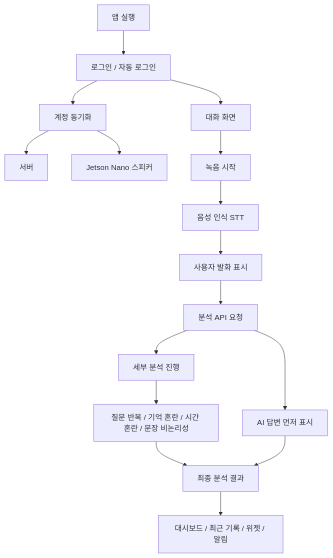
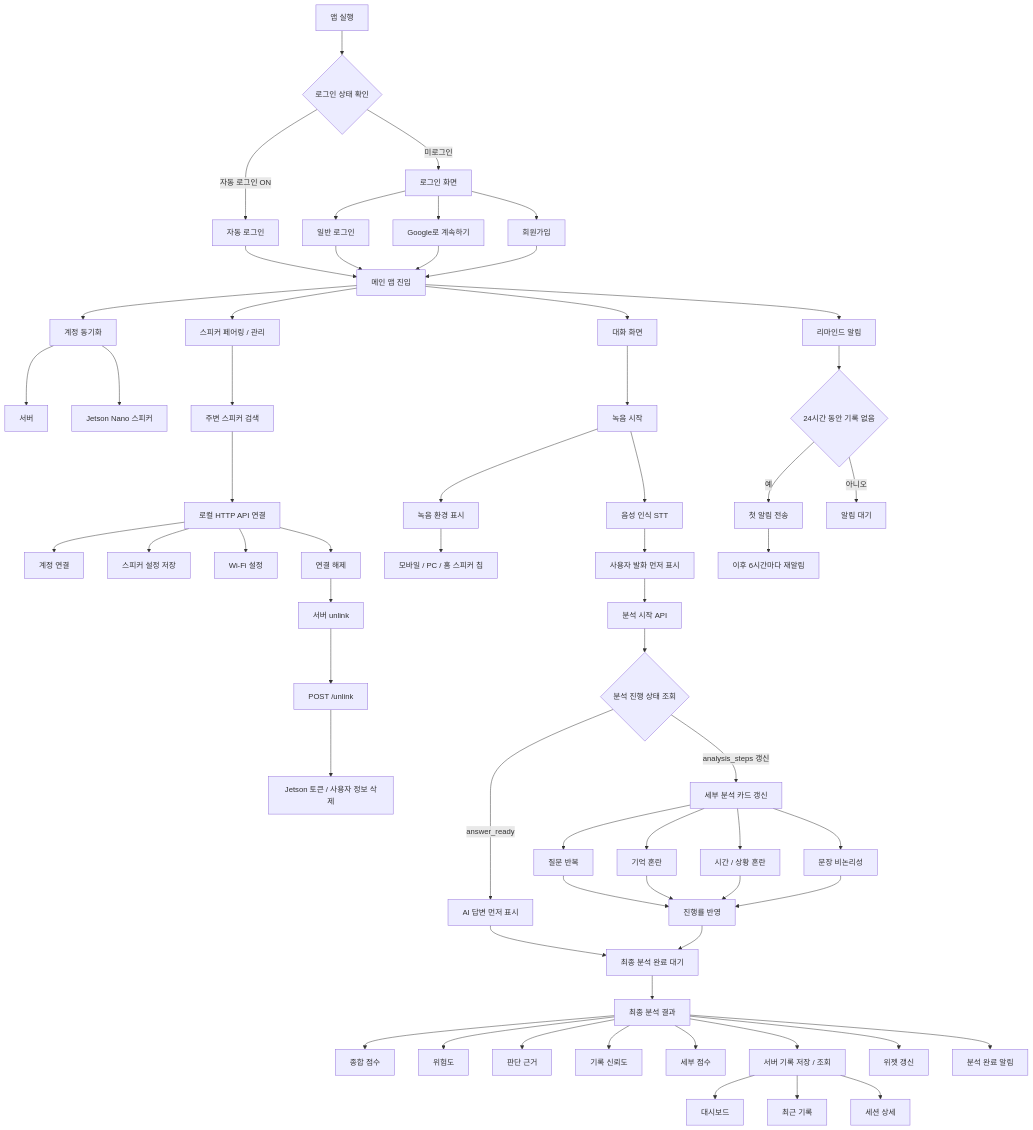
Before and after one commit to chocomuse/drgnuspeaker: the diagram in README.md, drawn with Mermaid.

````diff
--- a/README.md
+++ b/README.md
@@ -1,22 +1,75 @@
 ```mermaid
 flowchart TD
-    A["앱 실행"] --> B["로그인 / 자동 로그인"]
-    B --> C["계정 동기화"]
-    C --> D["서버"]
-    C --> E["Jetson Nano 스피커"]
+    A["앱 실행"] --> B{"로그인 상태 확인"}
 
-    B --> F["대화 화면"]
-    F --> G["녹음 시작"]
-    G --> H["음성 인식 STT"]
-    H --> I["사용자 발화 표시"]
+    B -->|자동 로그인 ON| C["자동 로그인"]
+    B -->|미로그인| D["로그인 화면"]
+    D --> D1["일반 로그인"]
+    D --> D2["Google로 계속하기"]
+    D --> D3["회원가입"]
+    C --> E["메인 앱 진입"]
+    D1 --> E
+    D2 --> E
+    D3 --> E
 
-    I --> J["분석 API 요청"]
-    J --> K["AI 답변 먼저 표시"]
-    J --> L["세부 분석 진행"]
+    E --> F["계정 동기화"]
+    F --> S["서버"]
+    F --> J["Jetson Nano 스피커"]
 
-    L --> M["질문 반복 / 기억 혼란 / 시간 혼란 / 문장 비논리성"]
-    M --> N["최종 분석 결과"]
+    E --> G["스피커 페어링 / 관리"]
+    G --> G1["주변 스피커 검색"]
+    G1 --> G2["로컬 HTTP API 연결"]
+    G2 --> G3["계정 연결"]
+    G2 --> G4["스피커 설정 저장"]
+    G2 --> G5["Wi-Fi 설정"]
+    G2 --> G6["연결 해제"]
+    G6 --> S1["서버 unlink"]
+    S1 --> J1["POST /unlink"]
+    J1 --> J2["Jetson 토큰 / 사용자 정보 삭제"]
 
-    K --> N
-    N --> O["대시보드 / 최근 기록 / 위젯 / 알림"]
+    E --> H["대화 화면"]
+    H --> I["녹음 시작"]
+    I --> I1["녹음 환경 표시"]
+    I1 --> I2["모바일 / PC / 홈 스피커 칩"]
+    I --> K["음성 인식 STT"]
+    K --> L["사용자 발화 먼저 표시"]
+
+    L --> M["분석 시작 API"]
+    M --> N{"분석 진행 상태 조회"}
+
+    N -->|answer_ready| O["AI 답변 먼저 표시"]
+    N -->|analysis_steps 갱신| P["세부 분석 카드 갱신"]
+
+    P --> P1["질문 반복"]
+    P --> P2["기억 혼란"]
+    P --> P3["시간 / 상황 혼란"]
+    P --> P4["문장 비논리성"]
+
+    P1 --> Q["진행률 반영"]
+    P2 --> Q
+    P3 --> Q
+    P4 --> Q
+
+    O --> R["최종 분석 완료 대기"]
+    Q --> R
+
+    R --> T["최종 분석 결과"]
+    T --> T1["종합 점수"]
+    T --> T2["위험도"]
+    T --> T3["판단 근거"]
+    T --> T4["기록 신뢰도"]
+    T --> T5["세부 점수"]
+
+    T --> U["서버 기록 저장 / 조회"]
+    U --> V["대시보드"]
+    U --> W["최근 기록"]
+    U --> X["세션 상세"]
+    T --> Y["위젯 갱신"]
+    T --> Z["분석 완료 알림"]
+
+    E --> RMD["리마인드 알림"]
+    RMD --> RMD1{"24시간 동안 기록 없음"}
+    RMD1 -->|예| RMD2["첫 알림 전송"]
+    RMD2 --> RMD3["이후 6시간마다 재알림"]
+    RMD1 -->|아니오| RMD4["알림 대기"]
 ```
````
